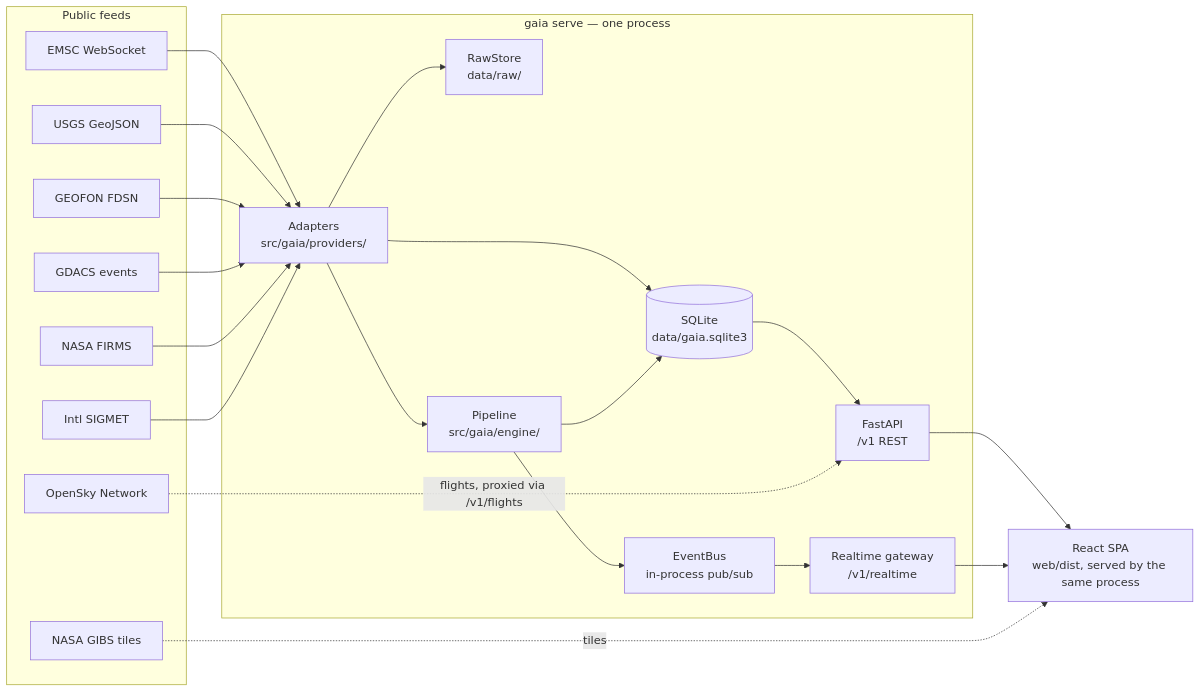
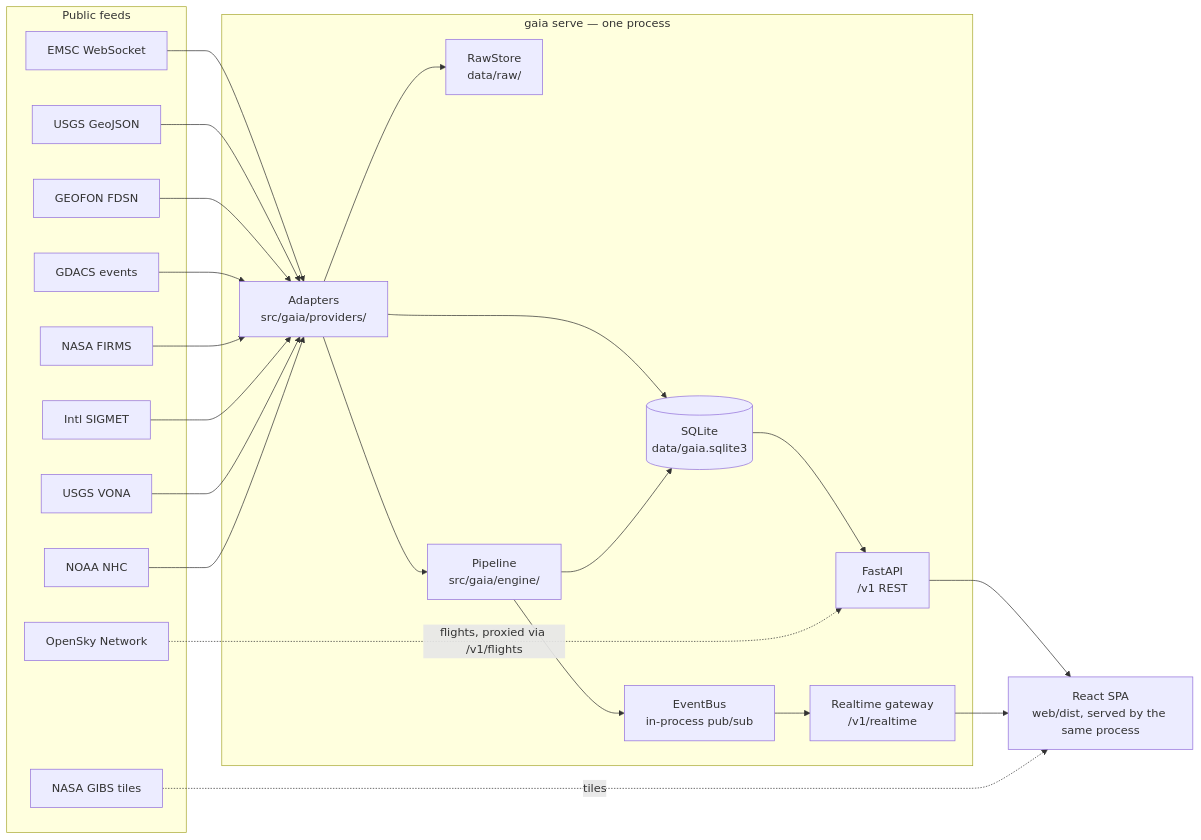
Before and after one commit to bingkil/gaia: the diagram in docs/architecture.md, drawn with Mermaid. The commit also changed other lines of this file and 41 other files, not shown here.

First line of the commit message:
Add tropical cyclones from NHC and GDACS, and enlarge panel text

````diff
--- a/docs/architecture.md
+++ b/docs/architecture.md
@@ -9,38 +9,40 @@
 ```mermaid
 flowchart LR
     subgraph Providers["Public feeds"]
         EMSC[EMSC WebSocket]
         USGS[USGS GeoJSON]
         GEOFON[GEOFON FDSN]
         GDACS[GDACS events]
         FIRMS[NASA FIRMS]
         ISIGMET[Intl SIGMET]
+        VONA[USGS VONA]
+        NHC[NOAA NHC]
         GIBS[NASA GIBS tiles]
         OpenSky[OpenSky Network]
     end
 
     subgraph GAIA["gaia serve — one process"]
         Adapters["Adapters\nsrc/gaia/providers/"]
         Raw["RawStore\ndata/raw/"]
         Pipeline["Pipeline\nsrc/gaia/engine/"]
         DB[("SQLite\ndata/gaia.sqlite3")]
         Bus["EventBus\nin-process pub/sub"]
         API["FastAPI\n/v1 REST"]
         WS["Realtime gateway\n/v1/realtime"]
     end
 
     Web["React SPA\nweb/dist, served by the same process"]
 
-    EMSC & USGS & GEOFON & GDACS & FIRMS & ISIGMET --> Adapters
+    EMSC & USGS & GEOFON & GDACS & FIRMS & ISIGMET & VONA & NHC --> Adapters
     Adapters --> Raw
     Adapters --> DB
     Adapters --> Pipeline
     Pipeline --> DB
     Pipeline --> Bus
     Bus --> WS
     DB --> API
     API --> Web
     WS --> Web
     GIBS -.tiles.-> Web
     OpenSky -.flights, proxied via /v1/flights.-> API
 ```
````
